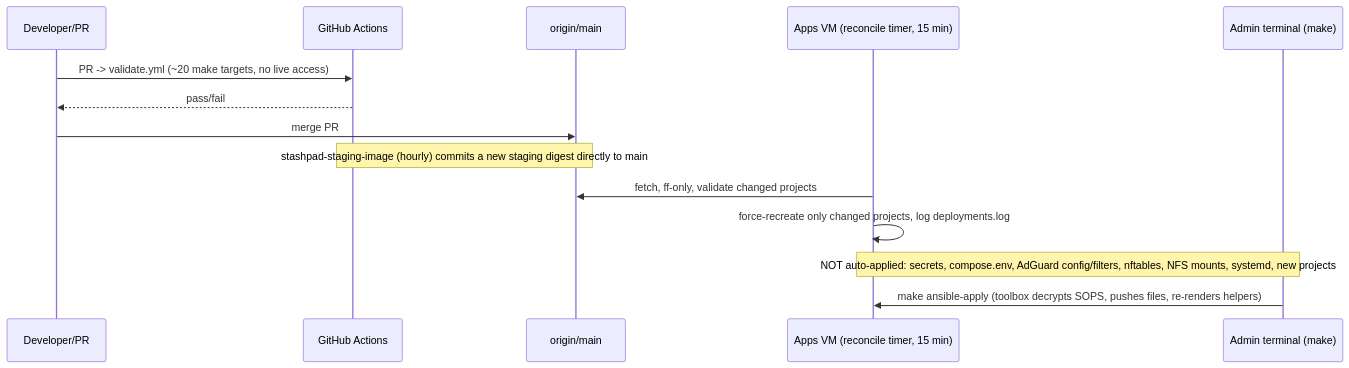
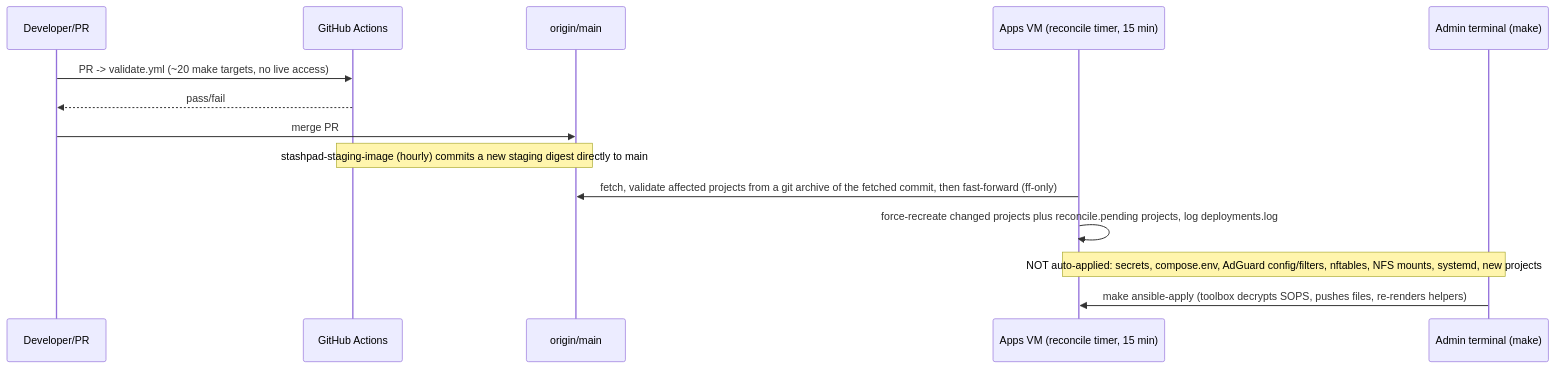
One commit to koji-genba/homelab changed the second of 3 diagrams in docs/CODEBASE_MAP.md. Above: the diagram before and after it, drawn with Mermaid. The commit also changed other lines of this file and 1 other file, not shown here.

````diff
--- a/docs/CODEBASE_MAP.md
+++ b/docs/CODEBASE_MAP.md
@@ -224,16 +240,16 @@
 ```mermaid
 sequenceDiagram
     participant Dev as Developer/PR
     participant CI as GitHub Actions
     participant Main as origin/main
     participant VM as Apps VM (reconcile timer, 15 min)
     participant Ops as Admin terminal (make)
     Dev->>CI: PR -> validate.yml (~20 make targets, no live access)
     CI-->>Dev: pass/fail
     Dev->>Main: merge PR
     Note over CI,Main: stashpad-staging-image (hourly) commits a new staging digest directly to main
-    VM->>Main: fetch, ff-only, validate changed projects
-    VM->>VM: force-recreate only changed projects, log deployments.log
+    VM->>Main: fetch, validate affected projects from a git archive of the fetched commit, then fast-forward (ff-only)
+    VM->>VM: force-recreate changed projects plus reconcile.pending projects, log deployments.log
     Note over Ops,VM: NOT auto-applied: secrets, compose.env, AdGuard config/filters, nftables, NFS mounts, systemd, new projects
     Ops->>VM: make ansible-apply (toolbox decrypts SOPS, pushes files, re-renders helpers)
 ```
````
